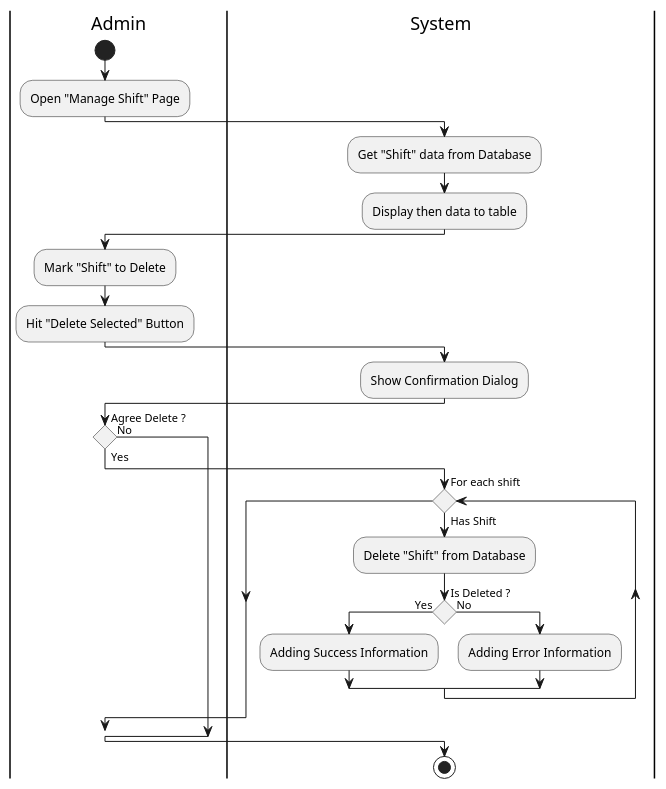
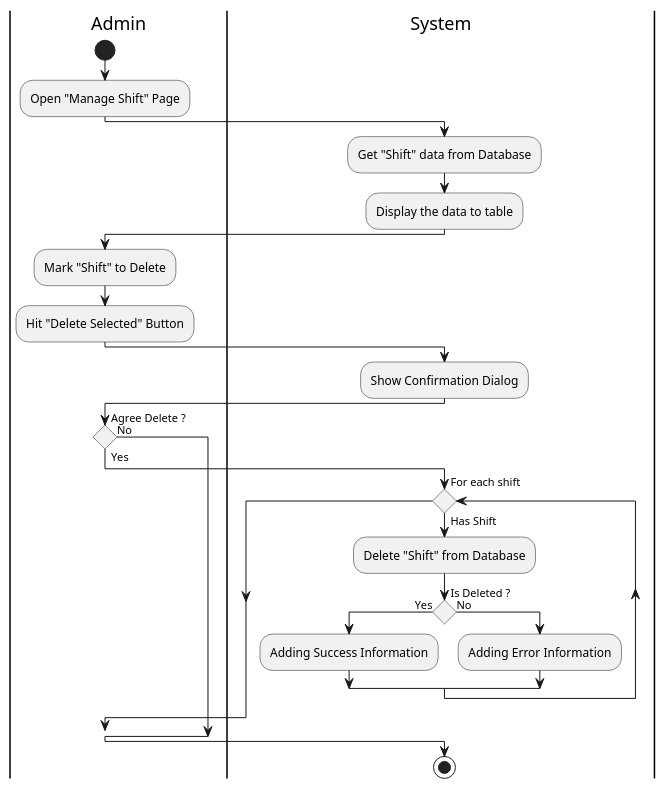
The diagram in Activity/Release02/DeleteShift.wsd (fwidjaya20/fazzlearning-uml), drawn with PlantUML before and after one commit. The commit also changed 138 other files, not shown here.

Commit message:
fix(diagram): fix some wording, remove sequence footbox

```diff
--- a/Activity/Release02/DeleteShift.wsd
+++ b/Activity/Release02/DeleteShift.wsd
@@ -1,39 +1,39 @@
 @startuml DeleteShift
 
 skinparam ConditionEndStyle hline
 skinparam conditionStyle diamond
 skinparam Monochrome true
 skinparam Shadowing false
 
 |Admin|
 start
 :Open "Manage Shift" Page;
 
 |System|
 :Get "Shift" data from Database;
-:Display then data to table;
+:Display the data to table;
 
 |Admin|
 :Mark "Shift" to Delete;
 :Hit "Delete Selected" Button;
 
 |System|
 :Show Confirmation Dialog;
 
 |Admin|
 if (Agree Delete ?) then (No)
 else (Yes)
     |System|
     while(For each shift) is (Has Shift)
         :Delete "Shift" from Database;
         |System|
         if (Is Deleted ?) then (Yes)
             :Adding Success Information;
         else (No)
             :Adding Error Information;
         endif
     endwhile
 endif
 stop
 
 @enduml
```
